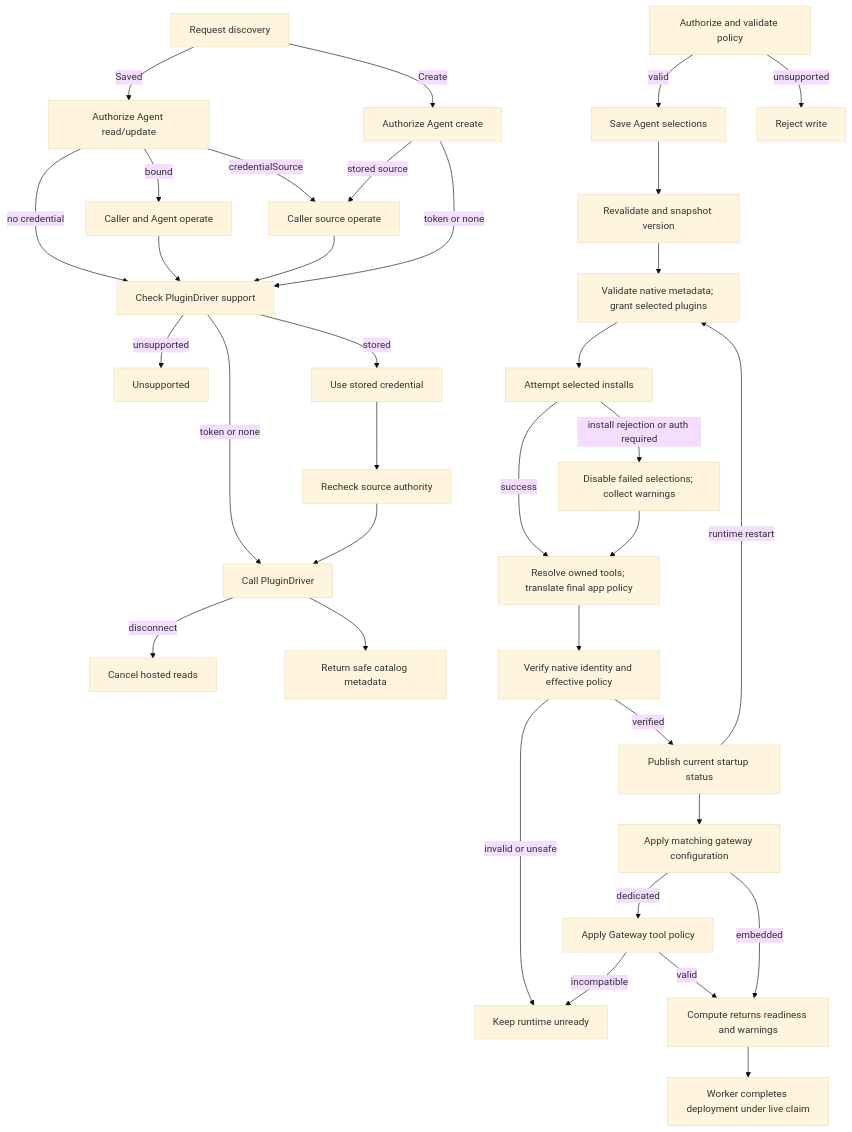
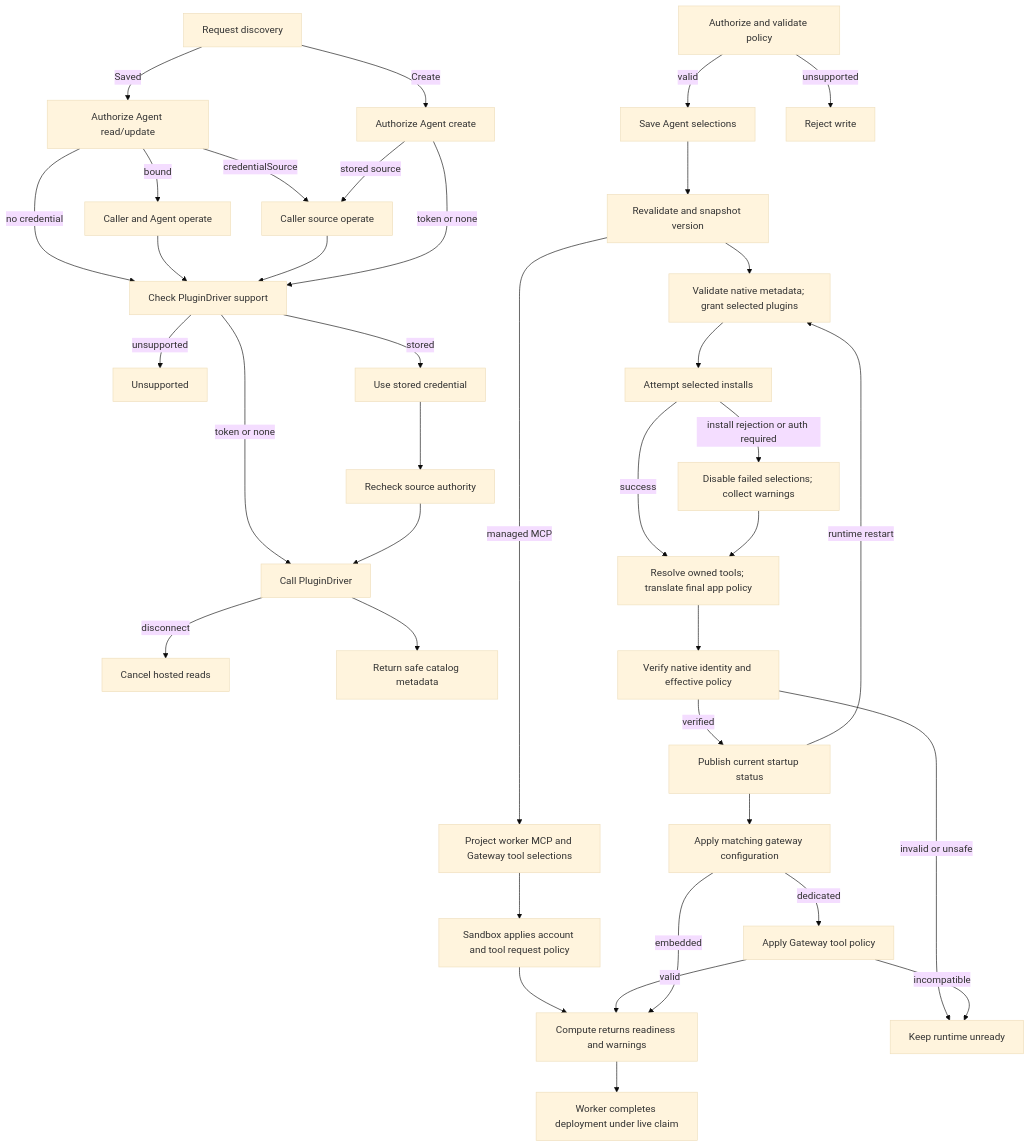
The diagram in docs/flows/agent-plugins.md (openclaw/openclaw-enterprise), drawn with Mermaid (base theme) before and after one commit. The commit also changed other lines of this file and 27 other files, not shown here.

Commit message:
Deploy managed MCP packages on dedicated OpenClaw Agents

````diff
--- a/docs/flows/agent-plugins.md
+++ b/docs/flows/agent-plugins.md
@@ -30,33 +30,36 @@
 ```mermaid
 graph TD
   D0["Request discovery"] -->|Create| D1["Authorize Agent create"]
   D0 -->|Saved| E0["Authorize Agent read/update"]
   E0 -->|no credential| D6
   E0 -->|bound| E1["Caller and Agent operate"] --> D6
   E0 -->|credentialSource| D2
   D1 -->|stored source| D2["Caller source operate"] --> D6["Check PluginDriver support"]
   D1 -->|token or none| D6
   D6 -->|unsupported| D7["Unsupported"]
   D6 -->|token or none| D4["Call PluginDriver"]
   D6 -->|stored| D3["Use stored credential"] --> E3["Recheck source authority"] --> D4
   D4 -->|disconnect| D8["Cancel hosted reads"]
   D4 --> D5["Return safe catalog metadata"]
   A["Authorize and validate policy"] -->|valid| S["Save Agent selections"]
   A -->|unsupported| Y["Reject write"]
   S --> B["Revalidate and snapshot version"]
+  B -->|managed MCP| K["Project worker MCP and Gateway tool selections"]
+  K --> L["Sandbox applies account and tool request policy"]
+  L --> I
   B --> C["Validate native metadata; grant selected plugins"]
   C --> D["Attempt selected installs"]
   D -->|install rejection or auth required| E["Disable failed selections; collect warnings"]
   D -->|success| T["Resolve owned tools; translate final app policy"]
   E --> T
   T --> F["Verify native identity and effective policy"]
   F -->|invalid or unsafe| X["Keep runtime unready"]
   F -->|verified| G["Publish current startup status"]
   G --> H["Apply matching gateway configuration"]
   H -->|dedicated| P["Apply Gateway tool policy"]
   P -->|incompatible| X
   P -->|valid| I
   H -->|embedded| I["Compute returns readiness and warnings"]
   I --> J["Worker completes deployment under live claim"]
   G -->|runtime restart| C
 ```
````
